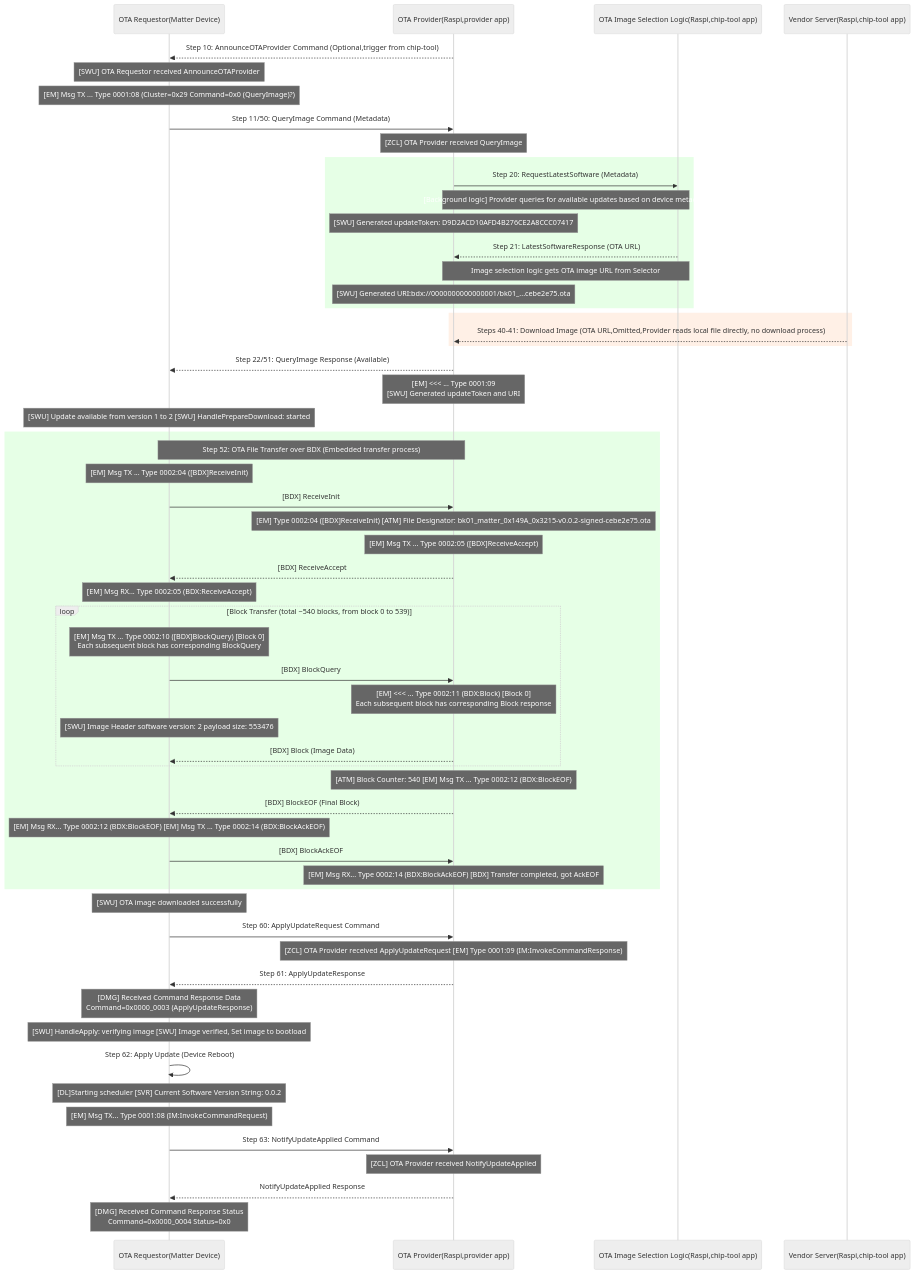
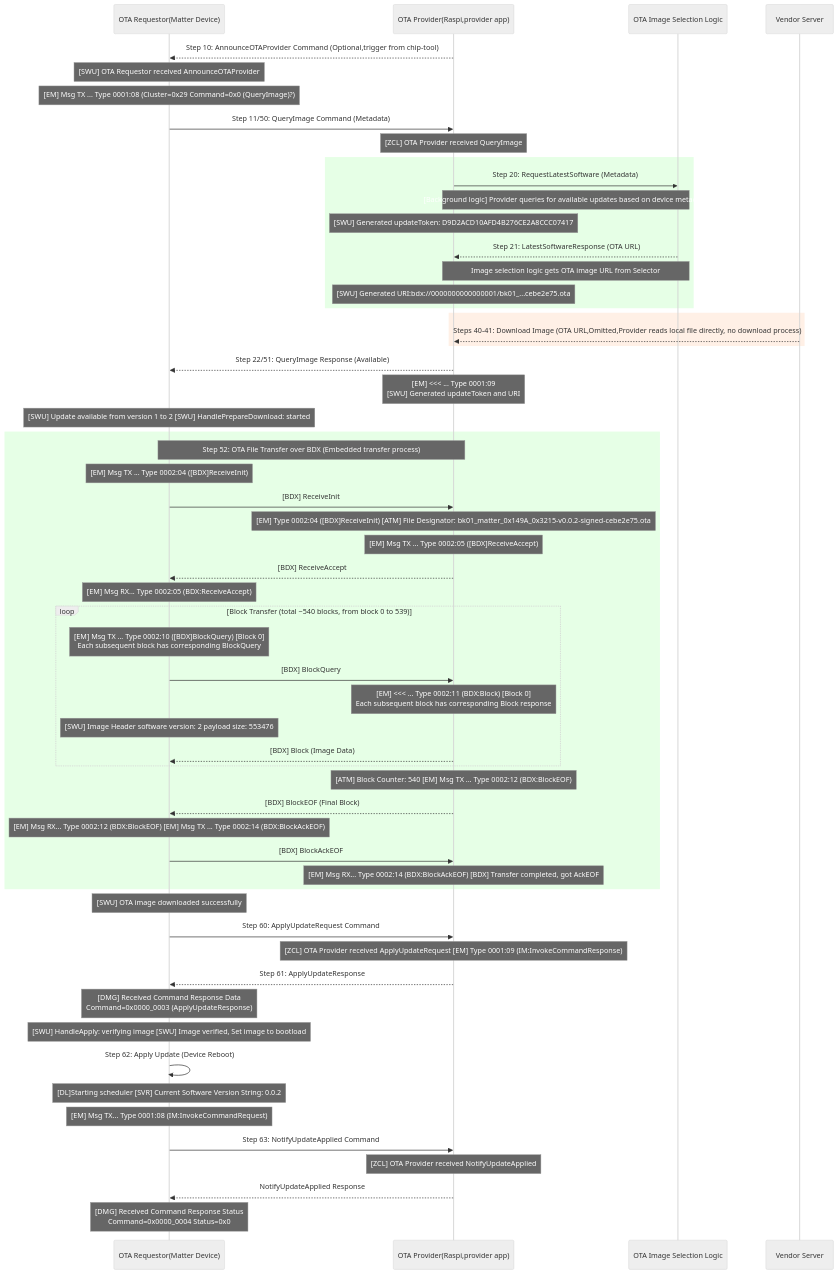
The diagram in files/matter/ota/ota-flow.md (suhuide/h), drawn with Mermaid (neutral theme) before and after one commit. The commit also changed 2 other files, not shown here.

````diff
--- a/files/matter/ota/ota-flow.md
+++ b/files/matter/ota/ota-flow.md
@@ -1,79 +1,79 @@
 ```mermaid
 sequenceDiagram
     participant Requestor as OTA Requestor(Matter Device)
     participant Provider as OTA Provider(Raspi,provider app)
-    participant Selector as OTA Image Selection Logic(Raspi,chip-tool app)
-    participant Vendor as Vendor Server(Raspi,chip-tool app)
+    participant Selector as OTA Image Selection Logic
+    participant Vendor as Vendor Server
 
     Provider-->>Requestor: Step 10: AnnounceOTAProvider Command (Optional,trigger from chip-tool)
     Note over Requestor: [SWU] OTA Requestor received AnnounceOTAProvider
 
 
     
     Note over Requestor: [EM] Msg TX ... Type 0001:08 (Cluster=0x29 Command=0x0 (QueryImage)?)
     Requestor->>Provider: Step 11/50: QueryImage Command (Metadata)
     Note over Provider: [ZCL] OTA Provider received QueryImage
     rect rgb(230, 255, 230)
         Provider->>Selector: Step 20: RequestLatestSoftware (Metadata)
         Note over Provider,Selector: [Background logic] Provider queries for available updates based on device metadata
         Note over Provider: [SWU] Generated updateToken: D9D2ACD10AFD4B276CE2A8CCC07417
         
         Selector-->>Provider: Step 21: LatestSoftwareResponse (OTA URL)
         Note over Selector,Provider: Image selection logic gets OTA image URL from Selector
         Note over Provider: [SWU] Generated URI:bdx://0000000000000001/bk01_...cebe2e75.ota
     end
     rect rgb(255, 240, 230)
         Vendor-->>Provider: Steps 40-41: Download Image (OTA URL,Omitted,Provider reads local file directly, no download process)
     end
 
     Provider-->>Requestor: Step 22/51: QueryImage Response (Available)
     Note over Provider: [EM] <<< ... Type 0001:09 <br/> [SWU] Generated updateToken and URI
     Note over Requestor: [SWU] Update available from version 1 to 2 [SWU] HandlePrepareDownload: started
 
     rect rgb(230, 255, 230)
         Note over Requestor,Provider: Step 52: OTA File Transfer over BDX (Embedded transfer process)
 
         Note over Requestor: [EM] Msg TX ... Type 0002:04 ([BDX]ReceiveInit)
         Requestor->>Provider: [BDX] ReceiveInit
         Note over Provider: [EM] Type 0002:04 ([BDX]ReceiveInit) [ATM] File Designator: bk01_matter_0x149A_0x3215-v0.0.2-signed-cebe2e75.ota
         
         Note over Provider: [EM] Msg TX ... Type 0002:05 ([BDX]ReceiveAccept)
         Provider-->>Requestor: [BDX] ReceiveAccept
         Note over Requestor:[EM] Msg RX... Type 0002:05 (BDX:ReceiveAccept) 
 
         loop Block Transfer (total ~540 blocks, from block 0 to 539)
             
             Note over Requestor: [EM] Msg TX ... Type 0002:10 ([BDX]BlockQuery) [Block 0]<br/>Each subsequent block has corresponding BlockQuery
             Requestor->>Provider: [BDX] BlockQuery
             Note over Provider: [EM] <<< ... Type 0002:11 (BDX:Block) [Block 0]<br/>Each subsequent block has corresponding Block response
             Note over Requestor:[SWU] Image Header software version: 2 payload size: 553476
             Provider-->>Requestor: [BDX] Block (Image Data)
         end
 
         Note over Provider: [ATM] Block Counter: 540 [EM] Msg TX ... Type 0002:12 (BDX:BlockEOF)
         Provider-->>Requestor: [BDX] BlockEOF (Final Block)
 
         Note over Requestor: [EM] Msg RX... Type 0002:12 (BDX:BlockEOF) [EM] Msg TX ... Type 0002:14 (BDX:BlockAckEOF)
         Requestor->>Provider: [BDX] BlockAckEOF
         Note over Provider: [EM] Msg RX... Type 0002:14 (BDX:BlockAckEOF) [BDX] Transfer completed, got AckEOF
     end
 
     Note over Requestor: [SWU] OTA image downloaded successfully
 
     Requestor->>Provider: Step 60: ApplyUpdateRequest Command
     Note over Provider: [ZCL] OTA Provider received ApplyUpdateRequest [EM] Type 0001:09 (IM:InvokeCommandResponse)
     Provider-->>Requestor: Step 61: ApplyUpdateResponse    
     Note over Requestor: [DMG] Received Command Response Data<br/>Command=0x0000_0003 (ApplyUpdateResponse)
 
     Note over Requestor: [SWU] HandleApply: verifying image [SWU] Image verified, Set image to bootload
 
     Requestor->>Requestor: Step 62: Apply Update (Device Reboot)
     Note over Requestor: [DL]Starting scheduler [SVR] Current Software Version String: 0.0.2
 
     Note over Requestor: [EM] Msg TX... Type 0001:08 (IM:InvokeCommandRequest)
     Requestor->>Provider: Step 63: NotifyUpdateApplied Command
     Note over Provider: [ZCL] OTA Provider received NotifyUpdateApplied
 
     Provider-->>Requestor: NotifyUpdateApplied Response
     Note over Requestor: [DMG] Received Command Response Status<br/>Command=0x0000_0004 Status=0x0
 ```
````
